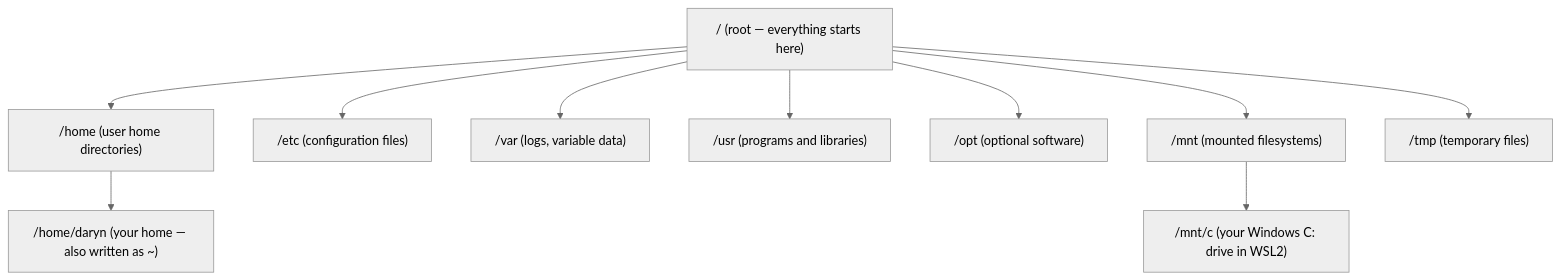
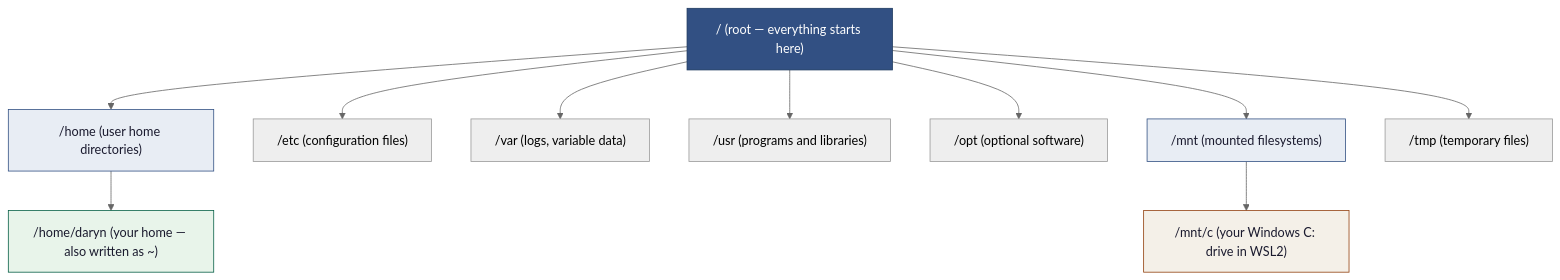
One commit to Ch3w3y/docker_gcp changed the second of 2 diagrams in docs/what-is-linux.md. Above: the diagram before and after it, drawn with Mermaid (neutral theme). The commit also changed other lines of this file and 3 other files, not shown here.

First line of the commit message:
fix(a11y): add node styles to remaining unstyled diagrams

````diff
--- a/docs/what-is-linux.md
+++ b/docs/what-is-linux.md
@@ -117,15 +120,20 @@
 ```mermaid
 flowchart TD
     ROOT["/ (root — everything starts here)"]
 
     ROOT --> HOME["/home (user home directories)"]
     ROOT --> ETC["/etc (configuration files)"]
     ROOT --> VAR["/var (logs, variable data)"]
     ROOT --> USR["/usr (programs and libraries)"]
     ROOT --> OPT["/opt (optional software)"]
     ROOT --> MNT["/mnt (mounted filesystems)"]
     ROOT --> TMP["/tmp (temporary files)"]
 
     HOME --> DARYN["/home/daryn (your home — also written as ~)"]
     MNT --> WINDOWS["/mnt/c (your Windows C: drive in WSL2)"]
+    style ROOT fill:#325083,stroke:#1e3a5f,color:#ffffff
+    style HOME fill:#e8edf4,stroke:#325083,color:#1a1a2e
+    style DARYN fill:#e8f4ea,stroke:#065f46,color:#1a1a2e
+    style MNT fill:#e8edf4,stroke:#325083,color:#1a1a2e
+    style WINDOWS fill:#f4f0e8,stroke:#92400e,color:#1a1a2e
 ```
````
